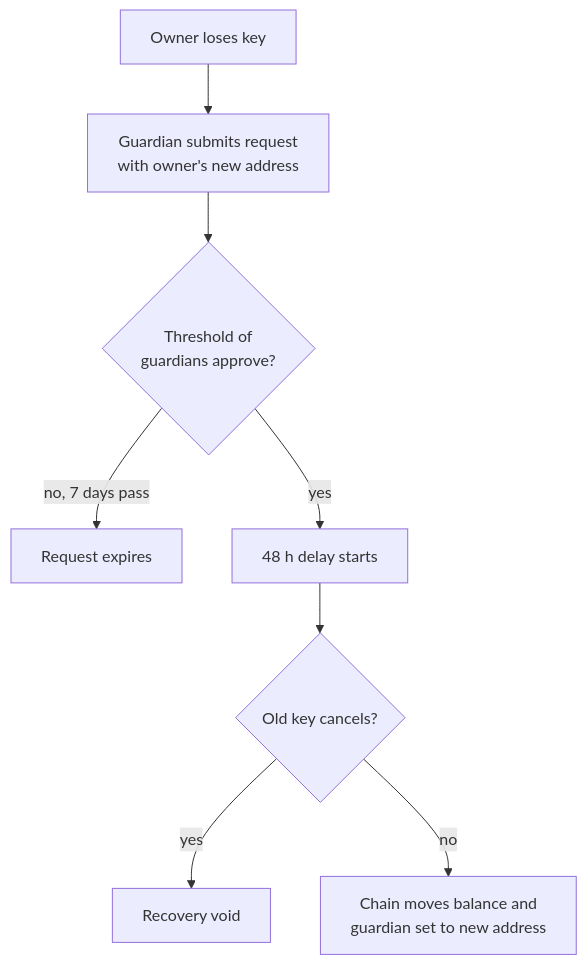
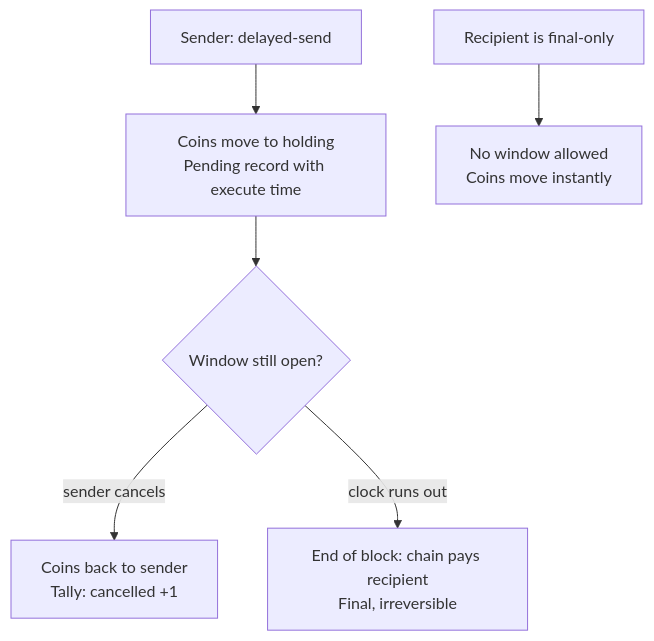
One commit to tlawson2014/trefoil changed the diagram in docs/DESIGN.md. Above: the diagram before and after it, drawn with Mermaid. The commit also changed other lines of this file and 131 other files, not shown here.

Commit message:
Pivot to undo: cancellable sends replace guardian recovery; wallet with countdown and Undo

````diff
--- a/docs/DESIGN.md
+++ b/docs/DESIGN.md
@@ -56,10 +59,8 @@
 ```mermaid
 flowchart TD
-    A[Owner loses key] --> B[Guardian submits request\nwith owner's new address]
-    B --> C{Threshold of\nguardians approve?}
-    C -- no, 7 days pass --> D[Request expires]
-    C -- yes --> E[48 h delay starts]
-    E --> F{Old key cancels?}
-    F -- yes --> G[Recovery void]
-    F -- no --> H[Chain moves balance and\nguardian set to new address]
+    A[Sender: delayed-send] --> B[Coins move to holding\nPending record with execute time]
+    B --> C{Window still open?}
+    C -- sender cancels --> D[Coins back to sender\nTally: cancelled +1]
+    C -- clock runs out --> E[End of block: chain pays recipient\nFinal, irreversible]
+    F[Recipient is final-only] --> G[No window allowed\nCoins move instantly]
 ```
````
